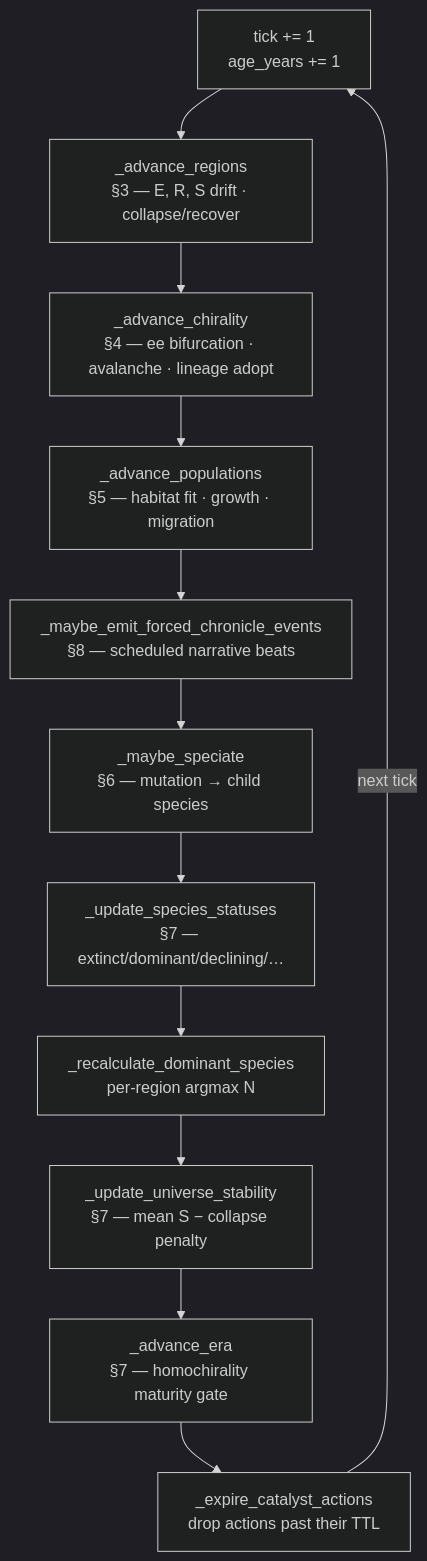
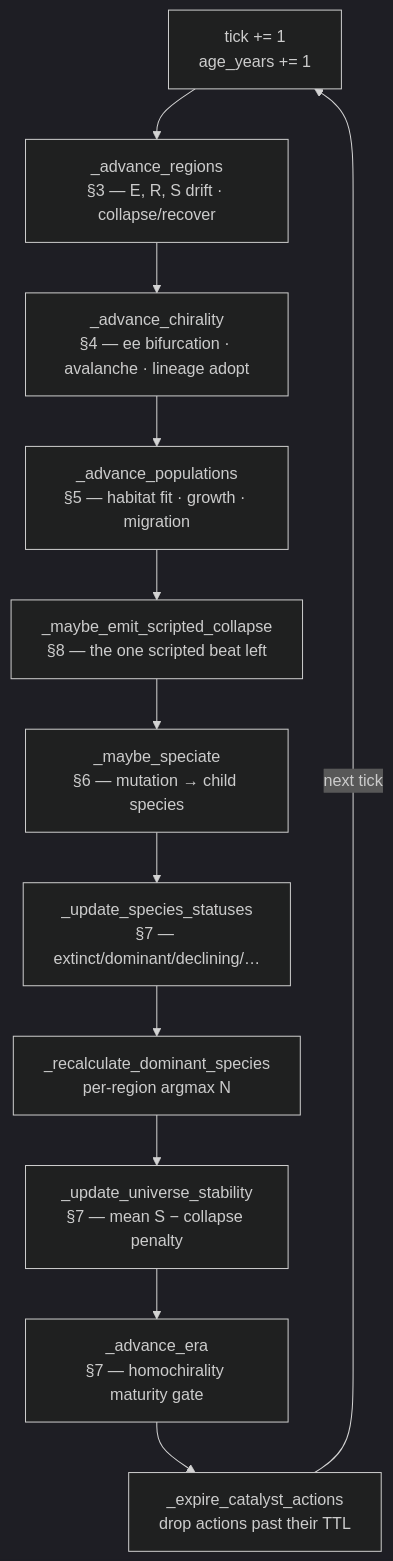
One commit to boraeresici/evoverse changed the diagram in docs/SIMULATION_FLOW_AND_FORMULAS.md. Above: the diagram before and after it, drawn with Mermaid (dark theme). The commit also changed other lines of this file and 14 other files, not shown here.

````diff
--- a/docs/SIMULATION_FLOW_AND_FORMULAS.md
+++ b/docs/SIMULATION_FLOW_AND_FORMULAS.md
@@ -53,14 +55,14 @@
 ```mermaid
 flowchart TD
     A[tick += 1<br/>age_years += 1] --> B[_advance_regions<br/>§3 — E, R, S drift · collapse/recover]
     B --> C[_advance_chirality<br/>§4 — ee bifurcation · avalanche · lineage adopt]
     C --> D[_advance_populations<br/>§5 — habitat fit · growth · migration]
-    D --> E[_maybe_emit_forced_chronicle_events<br/>§8 — scheduled narrative beats]
+    D --> E[_maybe_emit_scripted_collapse<br/>§8 — the one scripted beat left]
     E --> F[_maybe_speciate<br/>§6 — mutation → child species]
     F --> G[_update_species_statuses<br/>§7 — extinct/dominant/declining/…]
     G --> H[_recalculate_dominant_species<br/>per-region argmax N]
     H --> I[_update_universe_stability<br/>§7 — mean S − collapse penalty]
     I --> J[_advance_era<br/>§7 — homochirality maturity gate]
     J --> K[_expire_catalyst_actions<br/>drop actions past their TTL]
     K -->|next tick| A
 ```
````
